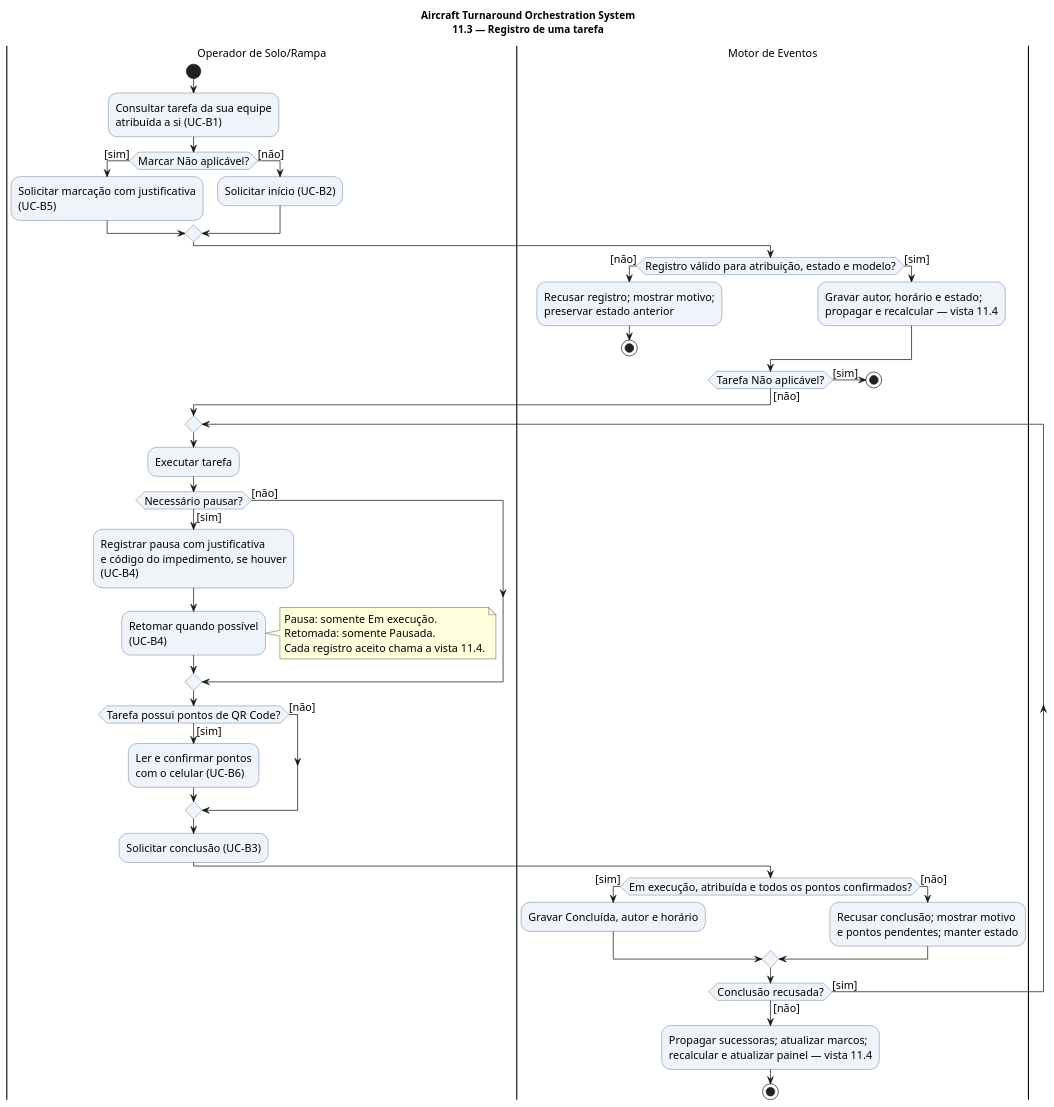
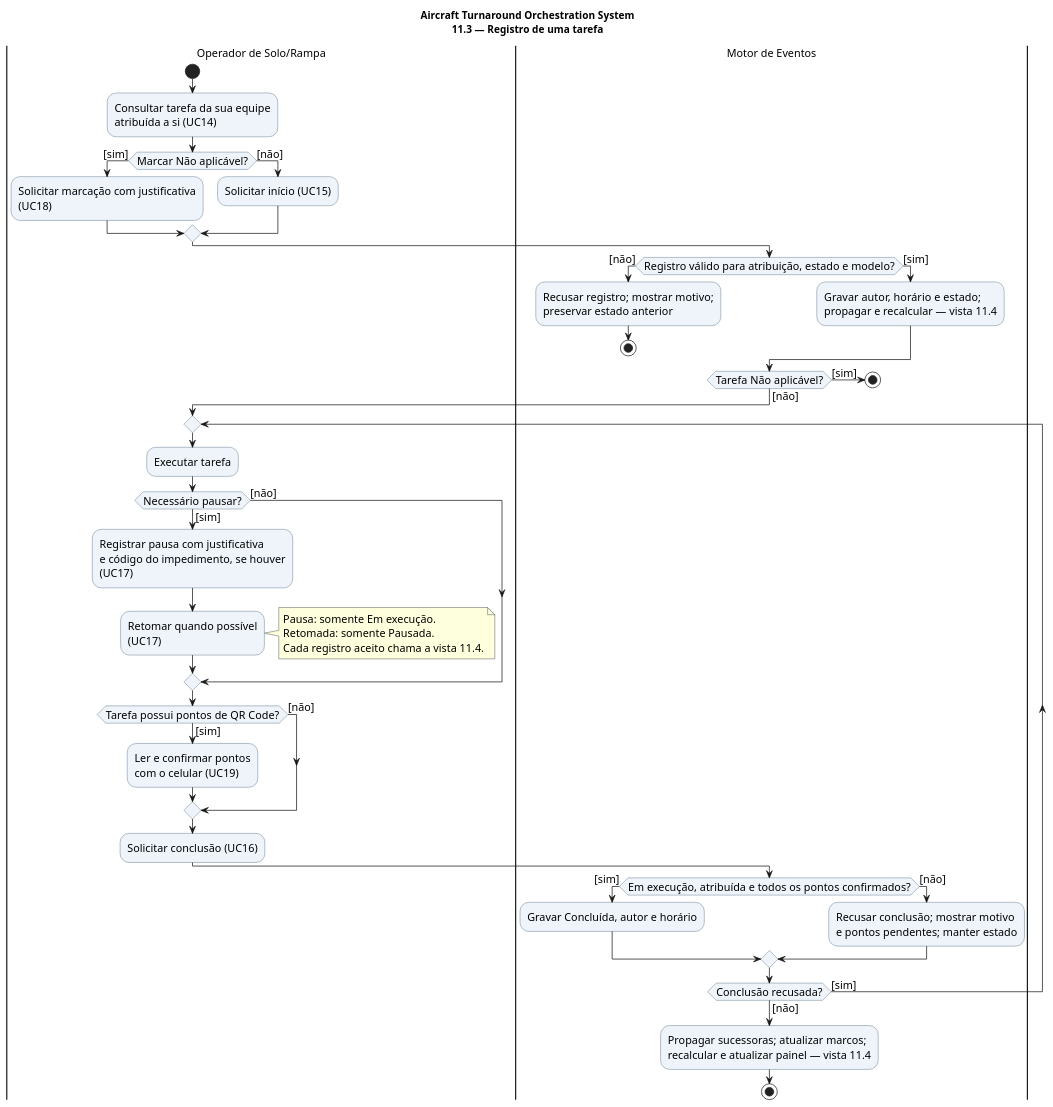
One commit to Aircraft-Turnaround-Operations-Manager/aircraft-turnaround-docs changed the diagram in especificacao/diagramas/11-registro-tarefa.puml. Above: the diagram before and after it, drawn with PlantUML. The commit also changed 49 other files, not shown here.

```diff
--- a/especificacao/diagramas/11-registro-tarefa.puml
+++ b/especificacao/diagramas/11-registro-tarefa.puml
@@ -1,57 +1,57 @@
 @startuml
 !pragma useVerticalIf on
 title Aircraft Turnaround Orchestration System\n11.3 — Registro de uma tarefa
 skinparam backgroundColor white
 skinparam defaultFontName SansSerif
 skinparam defaultFontSize 15
 skinparam shadowing false
 skinparam activityBackgroundColor #EEF4FA
 skinparam activityBorderColor #34536E
 |Operador de Solo/Rampa|
 start
-:Consultar tarefa da sua equipe\natribuída a si (UC-B1);
+:Consultar tarefa da sua equipe\natribuída a si (UC14);
 if (Marcar Não aplicável?) then ([sim])
-  :Solicitar marcação com justificativa\n(UC-B5);
+  :Solicitar marcação com justificativa\n(UC18);
 else ([não])
-  :Solicitar início (UC-B2);
+  :Solicitar início (UC15);
 endif
 |Motor de Eventos|
 if (Registro válido para atribuição, estado e modelo?) then ([não])
   :Recusar registro; mostrar motivo;\npreservar estado anterior;
   stop
 else ([sim])
   :Gravar autor, horário e estado;\npropagar e recalcular — vista 11.4;
 endif
 if (Tarefa Não aplicável?) then ([sim])
   stop
 else ([não])
 endif
 |Operador de Solo/Rampa|
 repeat
   |Operador de Solo/Rampa|
   :Executar tarefa;
   if (Necessário pausar?) then ([sim])
-    :Registrar pausa com justificativa\ne código do impedimento, se houver\n(UC-B4);
-    :Retomar quando possível\n(UC-B4);
+    :Registrar pausa com justificativa\ne código do impedimento, se houver\n(UC17);
+    :Retomar quando possível\n(UC17);
     note right
       Pausa: somente Em execução.
       Retomada: somente Pausada.
       Cada registro aceito chama a vista 11.4.
     end note
   else ([não])
   endif
   if (Tarefa possui pontos de QR Code?) then ([sim])
-    :Ler e confirmar pontos\ncom o celular (UC-B6);
+    :Ler e confirmar pontos\ncom o celular (UC19);
   else ([não])
   endif
-  :Solicitar conclusão (UC-B3);
+  :Solicitar conclusão (UC16);
   |Motor de Eventos|
   if (Em execução, atribuída e todos os pontos confirmados?) then ([sim])
     :Gravar Concluída, autor e horário;
   else ([não])
     :Recusar conclusão; mostrar motivo\ne pontos pendentes; manter estado;
   endif
 repeat while (Conclusão recusada?) is ([sim]) not ([não])
 :Propagar sucessoras; atualizar marcos;\nrecalcular e atualizar painel — vista 11.4;
 stop
 @enduml
```
